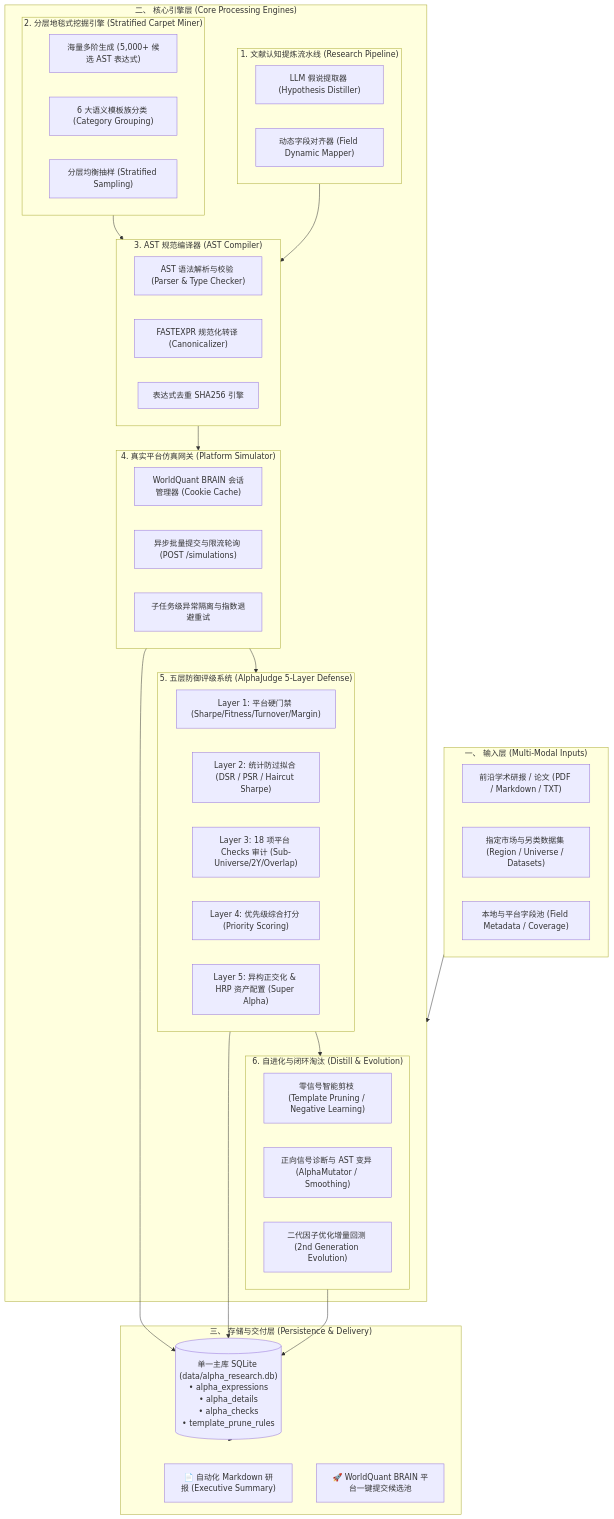
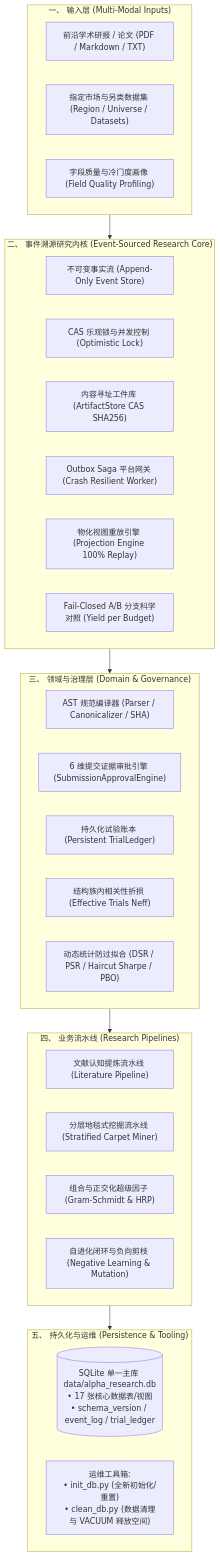
Before and after one commit to Justices/alpha_factory: the diagram in ARCHITECTURE.md, drawn with Mermaid. The commit also changed other lines of this file and 34 other files, not shown here.

First line of the commit message:
feat(core): refine evidence boundaries, crash-resilient outbox, persistent trial ledger, and reorganize docs

````diff
--- a/ARCHITECTURE.md
+++ b/ARCHITECTURE.md
@@ -11,64 +11,42 @@
 ```mermaid
 flowchart TD
     subgraph INPUT["一、 输入层 (Multi-Modal Inputs)"]
         P1["前沿学术研报 / 论文 (PDF / Markdown / TXT)"]
         P2["指定市场与另类数据集 (Region / Universe / Datasets)"]
-        P3["本地与平台字段池 (Field Metadata / Coverage)"]
+        P3["字段质量与冷门度画像 (Field Quality Profiling)"]
     end
 
-    subgraph ENGINE["二、 核心引擎层 (Core Processing Engines)"]
-        subgraph RESEARCH["1. 文献认知提炼流水线 (Research Pipeline)"]
-            R1["LLM 假说提取器 (Hypothesis Distiller)"]
-            R2["动态字段对齐器 (Field Dynamic Mapper)"]
-        end
-
-        subgraph MINING["2. 分层地毯式挖掘引擎 (Stratified Carpet Miner)"]
-            M1["海量多阶生成 (5,000+ 候选 AST 表达式)"]
-            M2["6 大语义模板族分类 (Category Grouping)"]
-            M3["分层均衡抽样 (Stratified Sampling)"]
-        end
-
-        subgraph AST["3. AST 规范编译器 (AST Compiler)"]
-            A1["AST 语法解析与校验 (Parser & Type Checker)"]
-            A2["FASTEXPR 规范化转译 (Canonicalizer)"]
-            A3["表达式去重 SHA256 引擎"]
-        end
-
-        subgraph SIM["4. 真实平台仿真网关 (Platform Simulator)"]
-            S1["WorldQuant BRAIN 会话管理器 (Cookie Cache)"]
-            S2["异步批量提交与限流轮询 (POST /simulations)"]
-            S3["子任务级异常隔离与指数退避重试"]
-        end
-
-        subgraph JUDGE["5. 五层防御评级系统 (AlphaJudge 5-Layer Defense)"]
-            J1["Layer 1: 平台硬门禁 (Sharpe/Fitness/Turnover/Margin)"]
-            J2["Layer 2: 统计防过拟合 (DSR / PSR / Haircut Sharpe)"]
-            J3["Layer 3: 18 项平台 Checks 审计 (Sub-Universe/2Y/Overlap)"]
-            J4["Layer 4: 优先级综合打分 (Priority Scoring)"]
-            J5["Layer 5: 异构正交化 & HRP 资产配置 (Super Alpha)"]
-        end
-
-        subgraph EVOLUTION["6. 自进化与闭环淘汰 (Distill & Evolution)"]
-            E1["零信号智能剪枝 (Template Pruning / Negative Learning)"]
-            E2["正向信号诊断与 AST 变异 (AlphaMutator / Smoothing)"]
-            E3["二代因子优化增量回测 (2nd Generation Evolution)"]
-        end
+    subgraph EVENT_CORE["二、 事件溯源研究内核 (Event-Sourced Research Core)"]
+        EV1["不可变事实流 (Append-Only Event Store)"]
+        EV2["CAS 乐观锁与并发控制 (Optimistic Lock)"]
+        EV3["内容寻址工件库 (ArtifactStore CAS SHA256)"]
+        EV4["Outbox Saga 平台网关 (Crash Resilient Worker)"]
+        EV5["物化视图重放引擎 (Projection Engine 100% Replay)"]
+        EV6["Fail-Closed A/B 分支科学对照 (Yield per Budget)"]
     end
 
-    subgraph STORAGE["三、 存储与交付层 (Persistence & Delivery)"]
-        DB[("单一主库 SQLite (data/alpha_research.db)\n• alpha_expressions\n• alpha_details\n• alpha_checks\n• template_prune_rules")]
-        OUT1["📄 自动化 Markdown 研报 (Executive Summary)"]
-        OUT2["🚀 WorldQuant BRAIN 平台一键提交候选池"]
+    subgraph DOMAIN["三、 领域与治理层 (Domain & Governance)"]
+        D1["AST 规范编译器 (Parser / Canonicalizer / SHA)"]
+        D2["6 维提交证据审批引擎 (SubmissionApprovalEngine)"]
+        D3["持久化试验账本 (Persistent TrialLedger)"]
+        D4["结构族内相关性折损 (Effective Trials Neff)"]
+        D5["动态统计防过拟合 (DSR / PSR / Haircut Sharpe / PBO)"]
     end
 
-    INPUT --> ENGINE
-    RESEARCH --> AST
-    MINING --> AST
-    AST --> SIM
-    SIM --> JUDGE
-    JUDGE --> EVOLUTION
-    SIM --> DB
-    JUDGE --> DB
-    EVOLUTION --> DB
-    DB --> STORAGE
+    subgraph PIPELINES["四、 业务流水线 (Research Pipelines)"]
+        PL1["文献认知提炼流水线 (Literature Pipeline)"]
+        PL2["分层地毯式挖掘流水线 (Stratified Carpet Miner)"]
+        PL3["组合与正交化超级因子 (Gram-Schmidt & HRP)"]
+        PL4["自进化闭环与负向剪枝 (Negative Learning & Mutation)"]
+    end
+
+    subgraph STORAGE["五、 持久化与运维 (Persistence & Tooling)"]
+        DB[("SQLite 单一主库 data/alpha_research.db\n• 17 张核心数据表/视图\n• schema_version / event_log / trial_ledger")]
+        OPS["运维工具箱:\n• init_db.py (全新初始化/重置)\n• clean_db.py (数据清理与 VACUUM 释放空间)"]
+    end
+
+    INPUT --> EVENT_CORE
+    EVENT_CORE --> DOMAIN
+    DOMAIN --> PIPELINES
+    PIPELINES --> STORAGE
 ```
````
